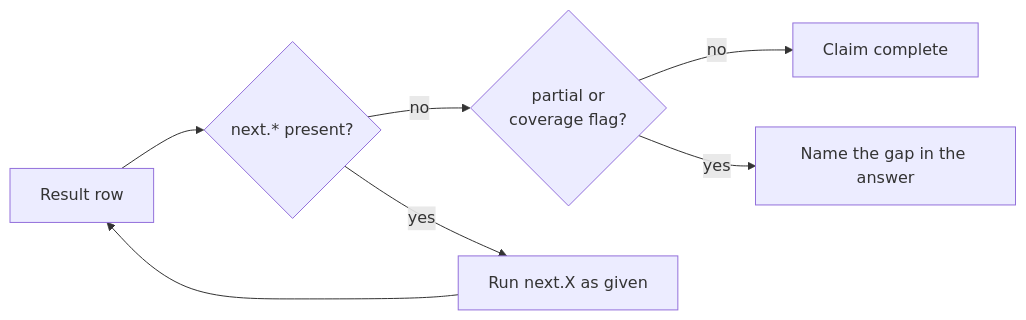
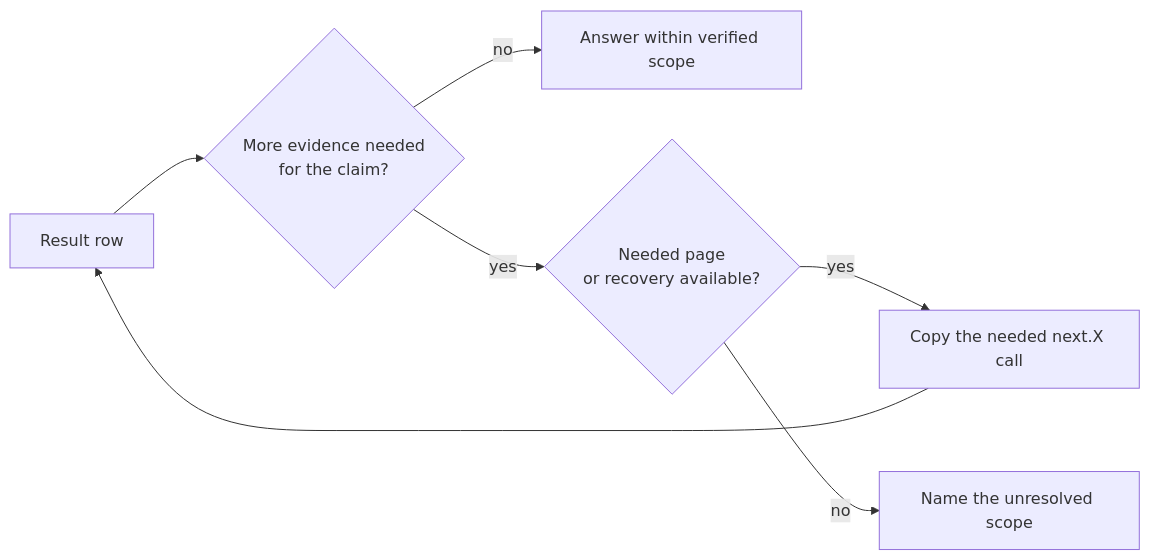
One commit to bgauryy/octocode-mcp changed the sixth of 8 diagrams in docs/OCTOCODE_WORKFLOWS.md. Above: the diagram before and after it, drawn with Mermaid. The commit also changed other lines of this file and 694 other files, not shown here.

````diff
--- a/docs/OCTOCODE_WORKFLOWS.md
+++ b/docs/OCTOCODE_WORKFLOWS.md
@@ -199,9 +199,9 @@
 ```mermaid
 flowchart LR
-  R[Result row] --> N{next.* present?}
-  N -- no --> W{partial or<br/>coverage flag?}
-  N -- yes --> F[Run next.X as given]
+  R[Result row] --> N{More evidence needed<br/>for the claim?}
+  N -- no --> D[Answer within verified scope]
+  N -- yes --> P{Needed page<br/>or recovery available?}
+  P -- yes --> F[Copy the needed next.X call]
   F --> R
-  W -- no --> D[Claim complete]
-  W -- yes --> U[Name the gap in the answer]
+  P -- no --> U[Name the unresolved scope]
 ```
````
